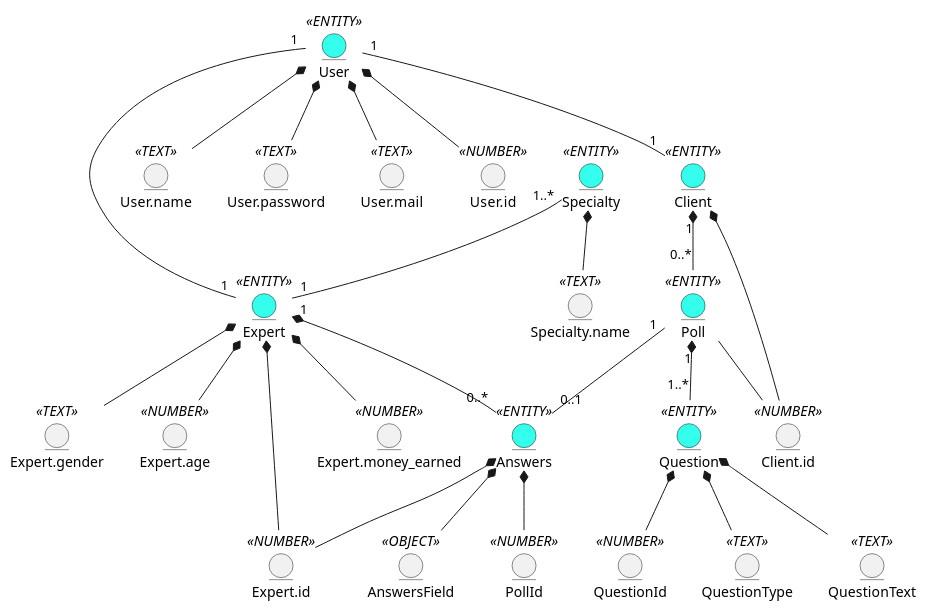
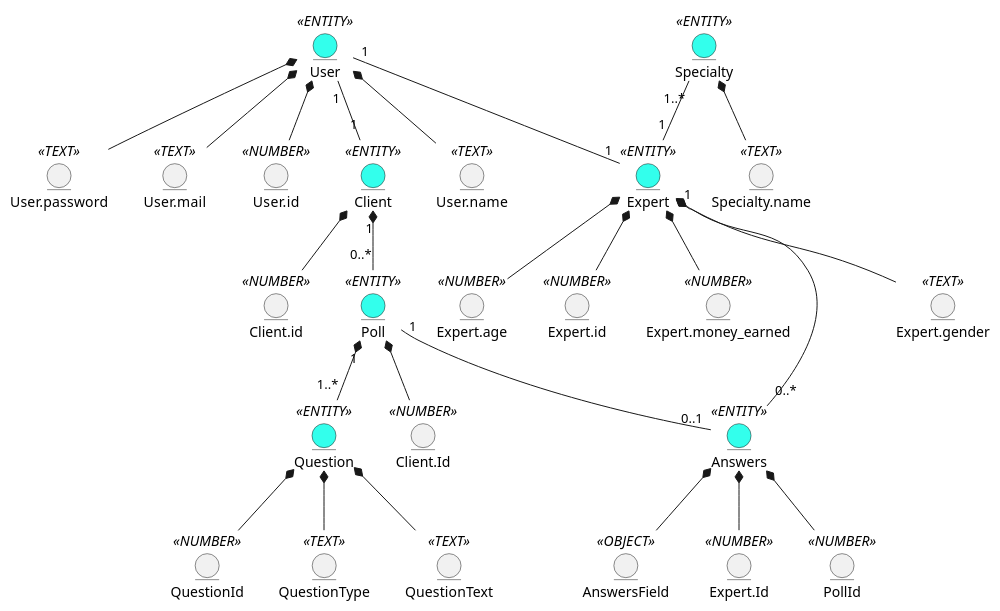
One commit to kujo205/db_labs changed the diagram in docs/design/README.md. Above: the diagram before and after it, drawn with PlantUML.

Commit message:
small changes for business model object development diagram (#39)

```diff
--- a/docs/design/README.md
+++ b/docs/design/README.md
@@ -7,63 +7,65 @@
 @startuml
 entity User <<ENTITY>> #33FFEC
 entity User.name <<TEXT>>
 entity User.password <<TEXT>>
 entity User.mail <<TEXT>>
 entity User.id <<NUMBER>>
 
 entity Expert <<ENTITY>> #33FFEC
 entity Expert.gender <<TEXT>>
 entity Expert.age <<NUMBER>>
 entity Expert.id <<NUMBER>>
 entity Expert.money_earned <<NUMBER>>
 
 entity Specialty <<ENTITY>> #33FFEC
 entity Specialty.name <<TEXT>> 
 
 entity Client <<ENTITY>> #33FFEC
 entity Client.id <<NUMBER>>
 
 entity Answers <<ENTITY>> #33FFEC
 entity AnswersField <<OBJECT>>
+entity Expert.Id <<NUMBER>>
 
 entity Question <<ENTITY>> #33FFEC
 entity QuestionId <<NUMBER>>
 entity QuestionType <<TEXT>>
 entity QuestionText <<TEXT>>
 
 entity Poll <<ENTITY>> #33FFEC
-entity PollId <<NUMBER>> 
+entity PollId <<NUMBER>>
+entity Client.Id <<NUMBER>>
 
 User "1" -- "1" Client
 User "1" -- "1" Expert
 
 Poll "0..*" -u-* "1" Client
 Poll "1" -- "0..1" Answers
-Poll  -- Client.id
+Client.Id -u-* Poll
 
 Question "1..*" -u-* "1" Poll
 QuestionId -u-* Question
 QuestionType -u-* Question 
 QuestionText -u-* Question 
 
 Specialty.name -u-* Specialty
 
 Expert.age -u-* Expert
 Expert.id -u-* Expert
 Expert.gender -u-* Expert
 Expert.money_earned -u-* Expert
 Specialty "1..*" -- "1" Expert
 
 PollId -u-* Answers
 AnswersField -u-* Answers
-Expert.id -u-* Answers
+Expert.Id -u-* Answers
 Answers "0..*" -u-* "1" Expert
 
 Client.id -u-* Client
 
 User.name -u-* User 
 User.password -u-* User
 User.mail -u-* User
 User.id -u-* User
 
 @enduml
```
